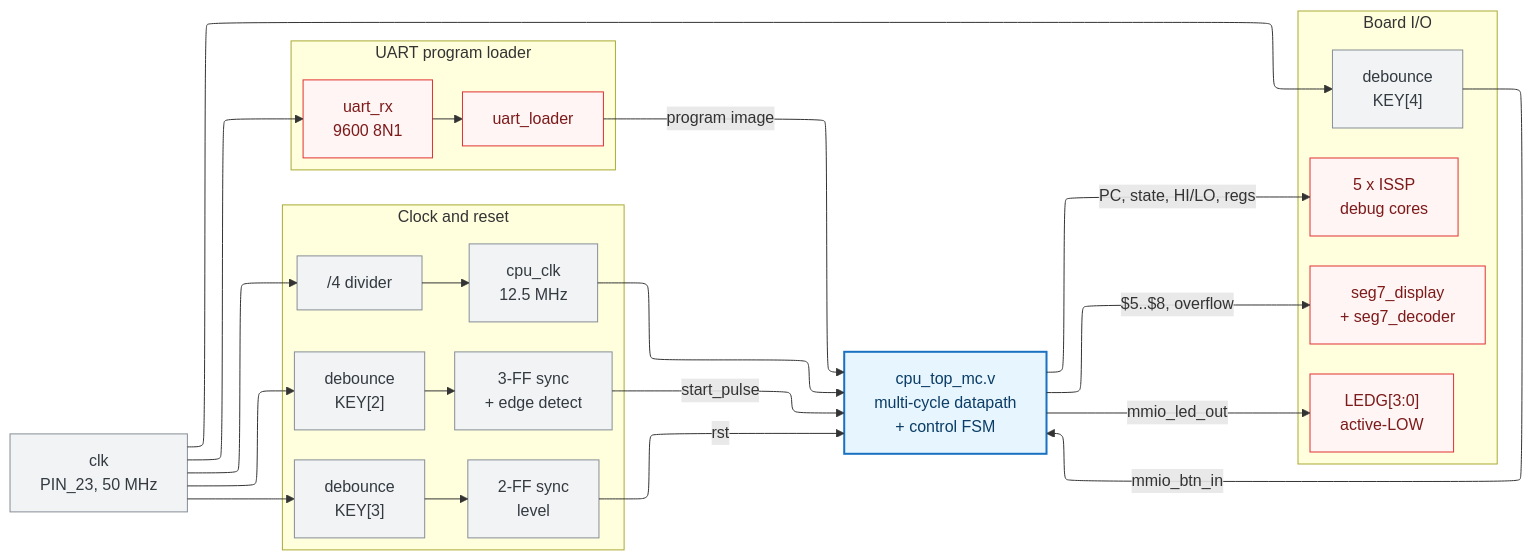
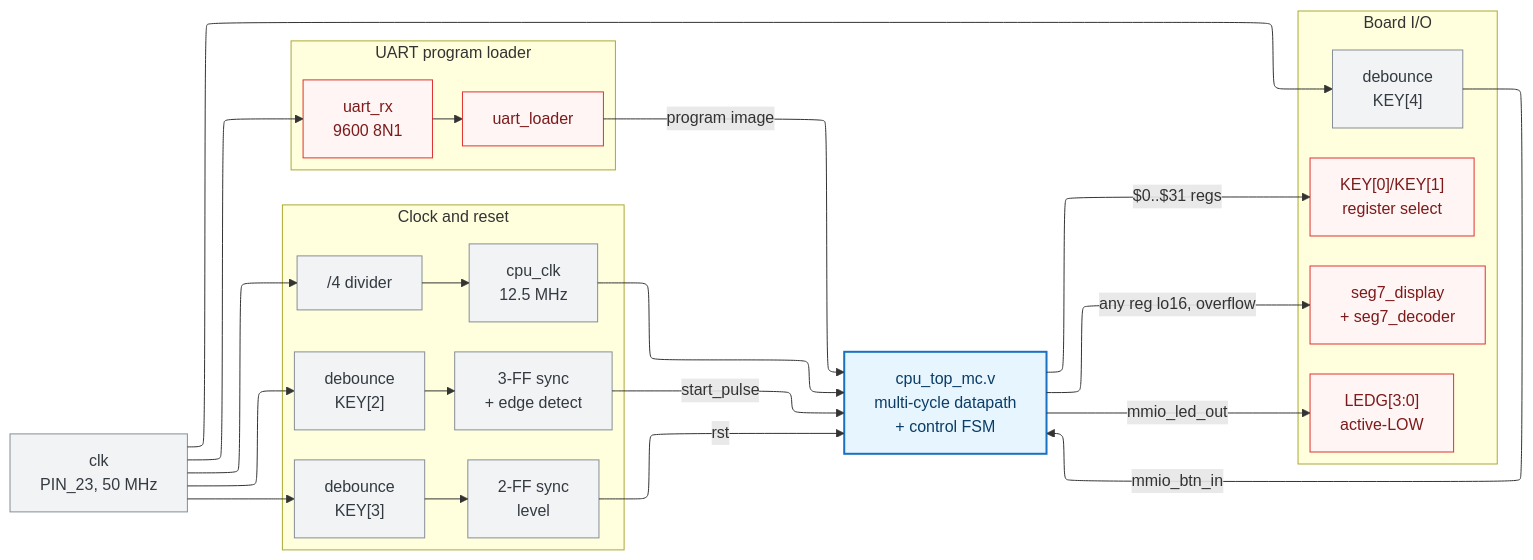
The first of 11 diagrams in ARCHITECTURE.md (AtikRahat/mips-multi-cycle-cpu), drawn with Mermaid before and after one commit. The commit also changed other lines of this file and 100 other files, not shown here.

First line of the commit message:
Sync dmem to M9K, add MEM2 state, drop ISSP/debug taps (92% -> 52% LE)

````diff
--- a/ARCHITECTURE.md
+++ b/ARCHITECTURE.md
@@ -37,49 +38,49 @@
 ```mermaid
 %%{init: {"flowchart": {"defaultRenderer": "elk"}} }%%
 flowchart LR
     CLK["clk<br/>PIN_23, 50 MHz"]
 
     subgraph SYN["Clock and reset"]
         direction TB
         DIV["/4 divider"]
         CCP["cpu_clk<br/>12.5 MHz"]
         D2["debounce<br/>KEY[2]"]
         SY2["3-FF sync<br/>+ edge detect"]
         D3["debounce<br/>KEY[3]"]
         SY3["2-FF sync<br/>level"]
     end
 
     subgraph SER["UART program loader"]
         direction TB
         URX["uart_rx<br/>9600 8N1"]
         ULD["uart_loader"]
     end
 
     CPU["cpu_top_mc.v<br/>multi-cycle datapath<br/>+ control FSM"]
 
     subgraph PER["Board I/O"]
         direction TB
         D4["debounce<br/>KEY[4]"]
         SEG["seg7_display<br/>+ seg7_decoder"]
         LED["LEDG[3:0]<br/>active-LOW"]
-        DBG["5 x ISSP<br/>debug cores"]
+        SEL["KEY[0]/KEY[1]<br/>register select"]
     end
 
     CLK --> DIV --> CCP --> CPU
     CLK --> D2 --> SY2 -->|start_pulse| CPU
     CLK --> D3 --> SY3 -->|rst| CPU
     CLK --> D4 -->|mmio_btn_in| CPU
     CLK --> URX --> ULD -->|"program image"| CPU
 
     CPU -->|mmio_led_out| LED
-    CPU -->|"PC, state, HI/LO, regs"| DBG
-    CPU -->|"$5..$8, overflow"| SEG
+    CPU -->|"any reg lo16, overflow"| SEG
+    CPU -->|"$0..$31 regs"| SEL
 
     classDef clk fill:#f1f3f5,stroke:#868e96,color:#343a40
     classDef cpu fill:#e7f5ff,stroke:#1971c2,color:#0b3d66,stroke-width:2px
     classDef io fill:#fff5f5,stroke:#e03131,color:#7d1a1a
 
     class CLK,DIV,CCP,D2,SY2,D3,SY3,D4 clk
     class CPU cpu
-    class URX,ULD,SEG,LED,DBG io
+    class URX,ULD,SEG,LED,SEL io
 ```
````
